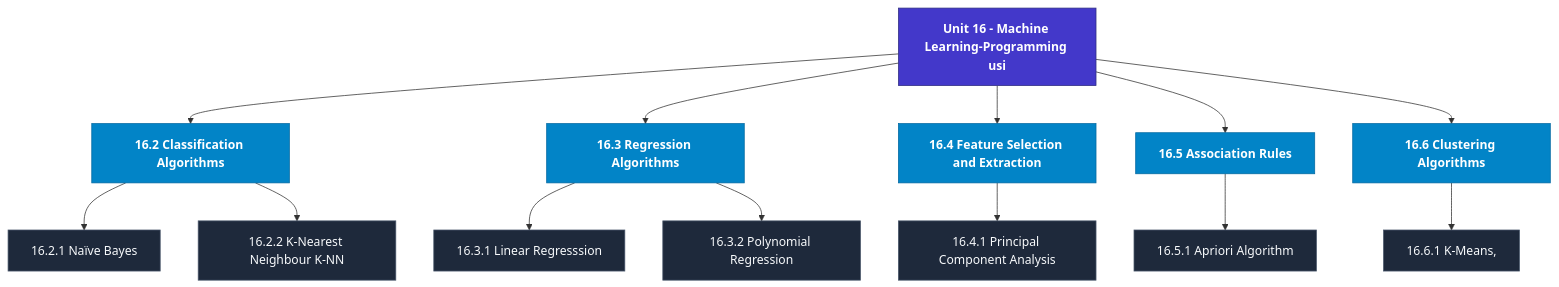
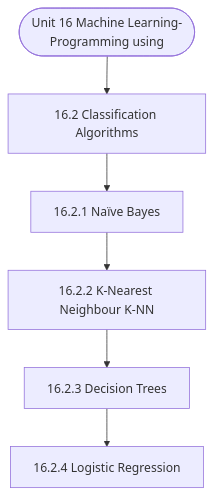
Before and after one commit to Asutosh-Coaching/mscdsa: the diagram in notes/Semester_2/MCS-224_Artificial_Intelligence_&_Machine_Learning/unit_16_Machine_Learning-Programming_using_Python.md, drawn with Mermaid. The commit also changed other lines of this file and 115 other files, not shown here.

Commit message:
Fix Mermaid layout for mobile, isolate LaTeX delimiters, and add GitHub Pages reader

````diff
--- a/notes/Semester_2/MCS-224_Artificial_Intelligence_&_Machine_Learning/unit_16_Machine_Learning-Programming_using_Python.md
+++ b/notes/Semester_2/MCS-224_Artificial_Intelligence_&_Machine_Learning/unit_16_Machine_Learning-Programming_using_Python.md
@@ -19,33 +19,14 @@
 ```mermaid
 flowchart TD
-  %% Styling Definitions
-  classDef head fill:#4338ca,stroke:#312e81,color:#ffffff,font-weight:bold;
-  classDef topic fill:#0284c7,stroke:#0369a1,color:#ffffff,font-weight:600;
-  classDef sub fill:#1e293b,stroke:#475569,color:#f8fafc;
-
-  Root["Unit 16 - Machine Learning-Programming usi"]:::head
-  M1["16.2 Classification Algorithms"]:::topic
-  Root --> M1
-  M1_1["16.2.1 Naïve Bayes"]:::sub
-  M1 --> M1_1
-  M1_2["16.2.2 K-Nearest Neighbour K-NN"]:::sub
-  M1 --> M1_2
-  M2["16.3 Regression Algorithms"]:::topic
-  Root --> M2
-  M2_1["16.3.1 Linear Regresssion"]:::sub
-  M2 --> M2_1
-  M2_2["16.3.2 Polynomial Regression"]:::sub
-  M2 --> M2_2
-  M3["16.4 Feature Selection and Extraction"]:::topic
-  Root --> M3
-  M3_1["16.4.1 Principal Component Analysis"]:::sub
-  M3 --> M3_1
-  M4["16.5 Association Rules"]:::topic
-  Root --> M4
-  M4_1["16.5.1 Apriori Algorithm"]:::sub
-  M4 --> M4_1
-  M5["16.6 Clustering Algorithms"]:::topic
-  Root --> M5
-  M5_1["16.6.1 K-Means,"]:::sub
-  M5 --> M5_1
+  Start(["Unit 16 Machine Learning-Programming using"])
+  N1["16.2 Classification Algorithms"]
+  N2["16.2.1 Naïve Bayes"]
+  N3["16.2.2 K-Nearest Neighbour K-NN"]
+  N4["16.2.3 Decision Trees"]
+  N5["16.2.4 Logistic Regression"]
+  Start --> N1
+  N1 --> N2
+  N2 --> N3
+  N3 --> N4
+  N4 --> N5
 ```
````
